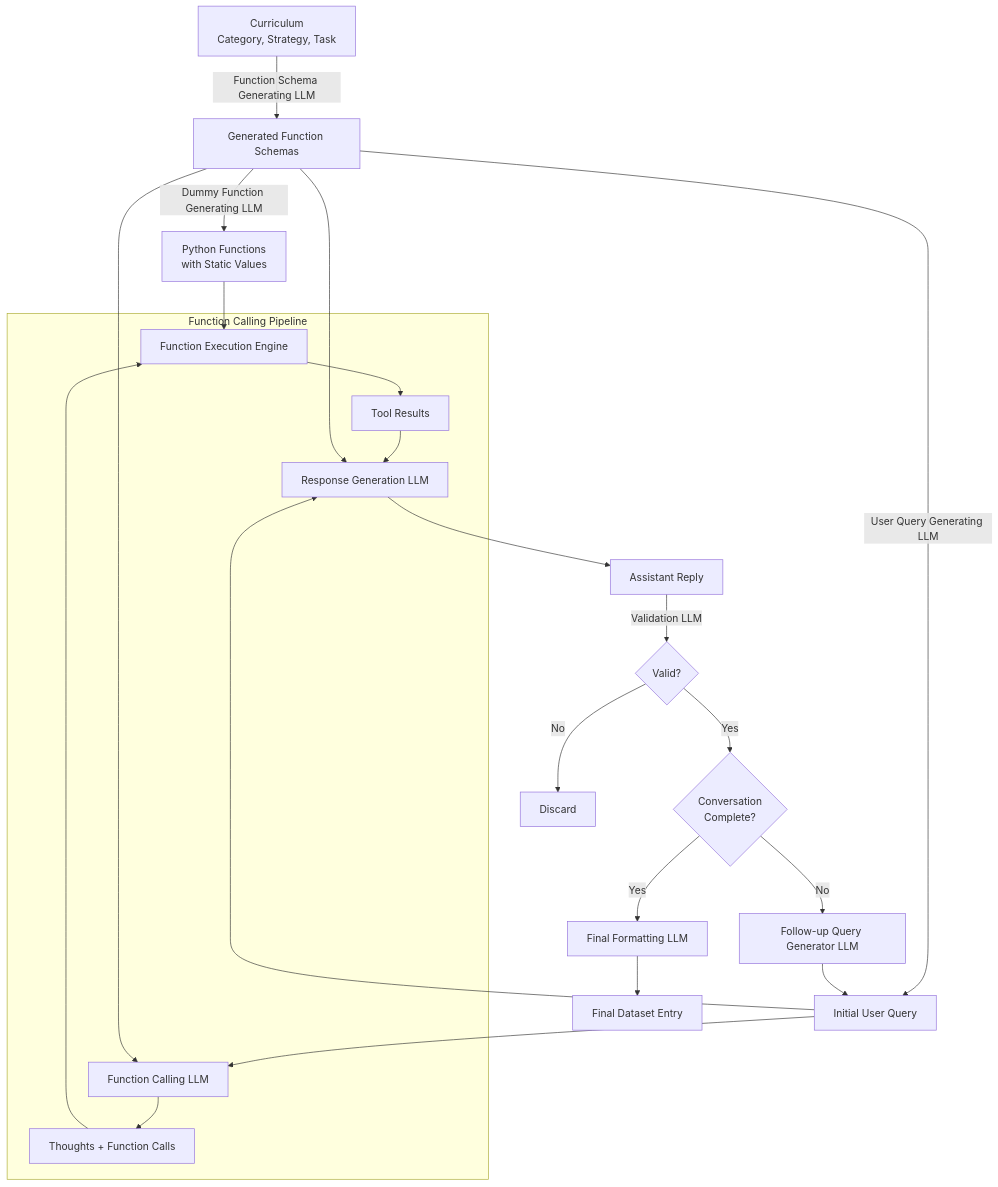
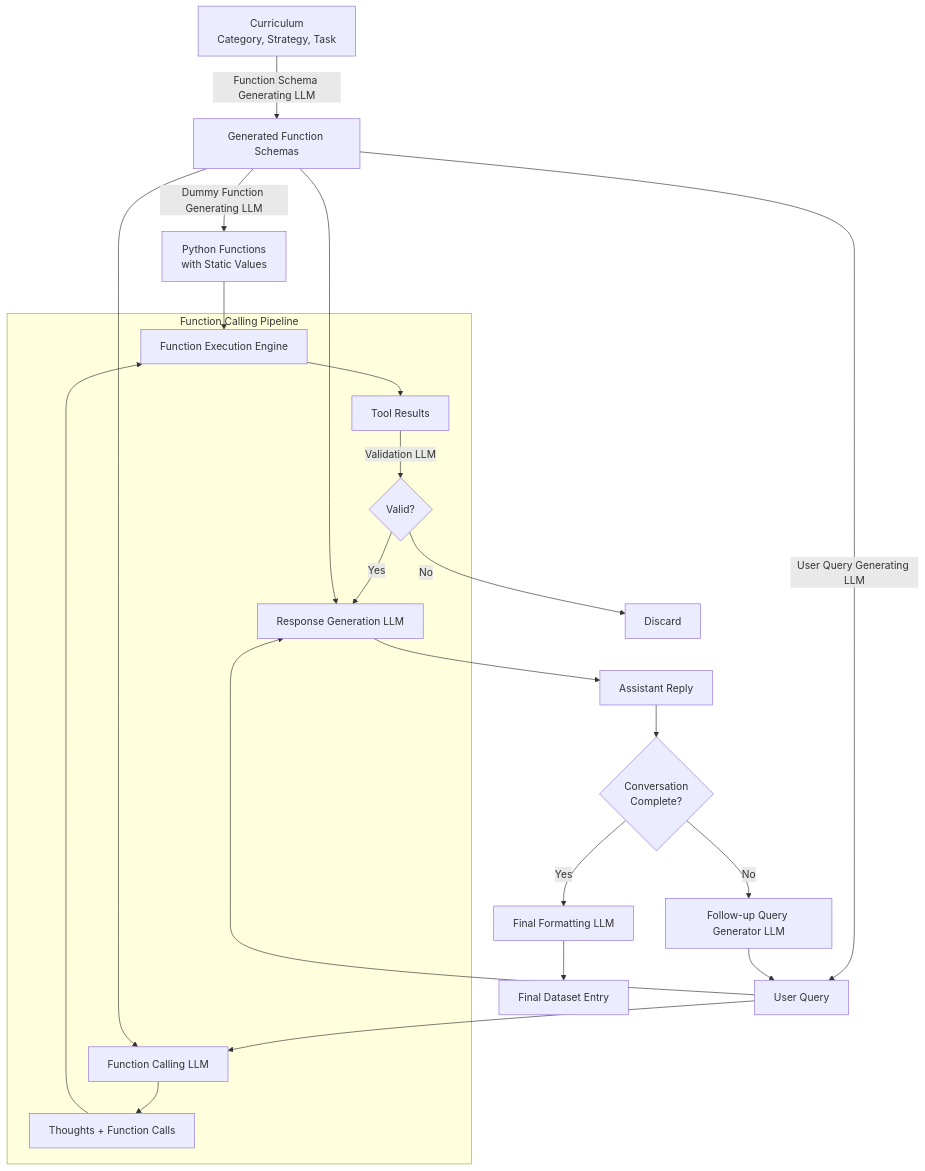
Before and after one commit to AtakanTekparmak/chained-tool-datagen: the diagram in README.md, drawn with Mermaid.

Commit message:
feat: Updated diagram

````diff
--- a/README.md
+++ b/README.md
@@ -4,27 +4,29 @@
 ```mermaid
 graph TD
     A[Curriculum<br>Category, Strategy, Task] -->|Function Schema Generating LLM| B[Generated Function Schemas]
     B -->|Dummy Function Generating LLM| C[Python Functions<br>with Static Values]
-    B -->|User Query Generating LLM| D[Initial User Query]
+    B -->|User Query Generating LLM| D[User Query]
     D & B --> E[Function Calling LLM]
     E --> F[Thoughts + Function Calls]
     F & C --> G[Function Execution Engine]
     G --> H[Tool Results]
-    H & B & D --> I[Response Generation LLM]
-    I --> J[Assistant Reply]
-    J -->|Validation LLM| K{Valid?}
-    K -->|No| L[Discard]
-    K -->|Yes| M{Conversation<br>Complete?}
+    H -->|Validation LLM| I{Valid?}
+    I -->|No| J[Discard]
+    I -->|Yes| K[Response Generation LLM]
+    B & D --> K
+    K --> L[Assistant Reply]
+    L --> M{Conversation<br>Complete?}
     M -->|No| N[Follow-up Query Generator LLM]
     N --> D
     M -->|Yes| O[Final Formatting LLM]
     O --> P[Final Dataset Entry]
 
     subgraph Function Calling Pipeline
         E
         F
         G
         H
         I
-end
+        K
+    end
 ```
````
